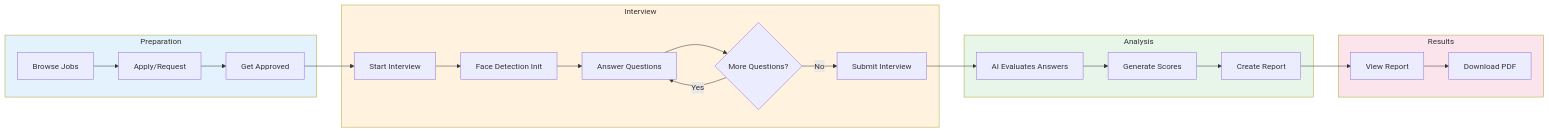
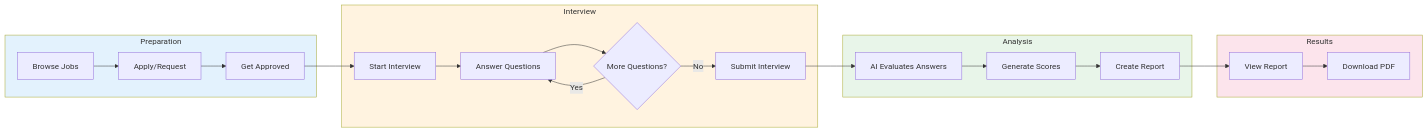
The third of 6 diagrams in README.md (GitNimay/InterviewXpertxDsource), drawn with Mermaid before and after one commit. The commit also changed other lines of this file and 19 other files, not shown here.

````diff
--- a/README.md
+++ b/README.md
@@ -259,32 +258,31 @@
 ```mermaid
 flowchart LR
     subgraph Preparation["Preparation"]
         A[Browse Jobs] --> B[Apply/Request]
         B --> C[Get Approved]
     end
 
     subgraph Interview["Interview"]
         C --> D[Start Interview]
-        D --> E[Face Detection Init]
-        E --> F[Answer Questions]
+        D --> F[Answer Questions]
         F --> G{More Questions?}
         G -->|Yes| F
         G -->|No| H[Submit Interview]
     end
 
     subgraph Analysis["Analysis"]
         H --> I[AI Evaluates Answers]
         I --> J[Generate Scores]
         J --> K[Create Report]
     end
 
     subgraph Results["Results"]
         K --> L[View Report]
         L --> M[Download PDF]
     end
 
     style Preparation fill:#e3f2fd
     style Interview fill:#fff3e0
     style Analysis fill:#e8f5e9
     style Results fill:#fce4ec
 ```
````
